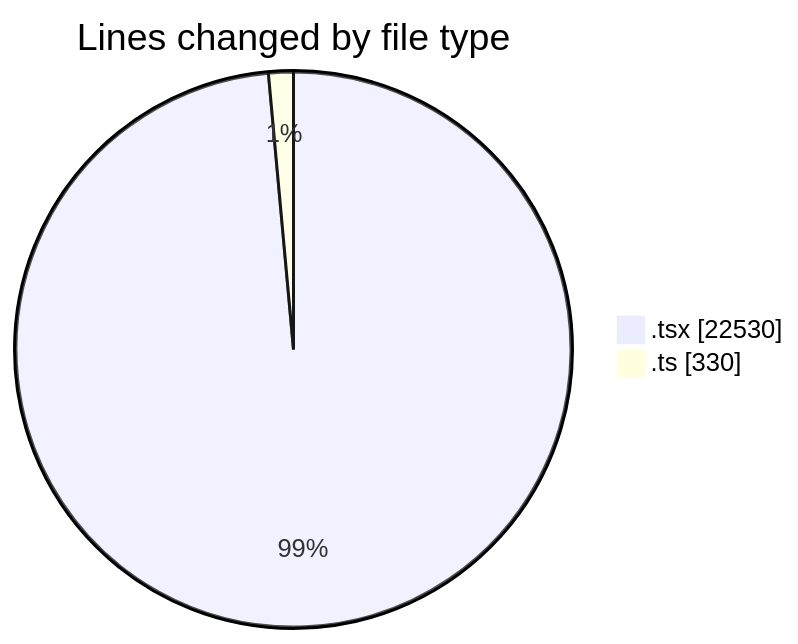
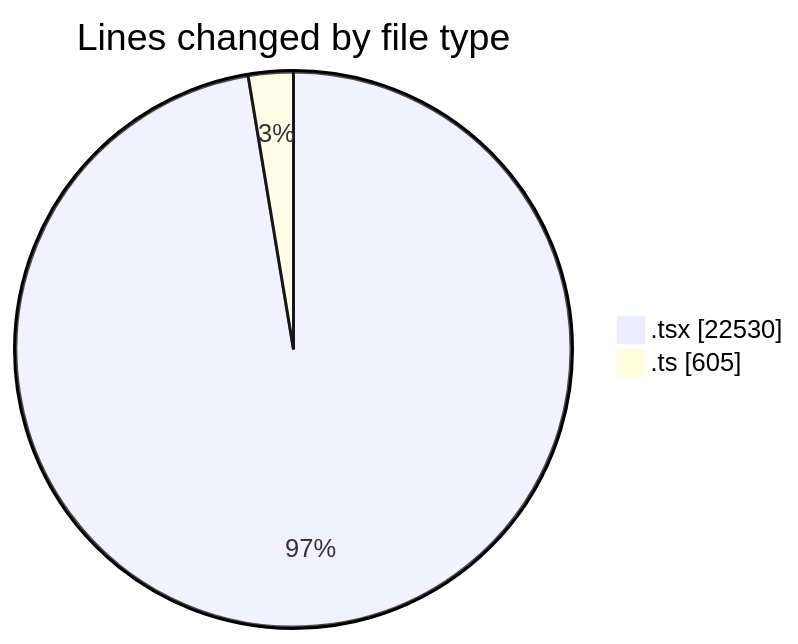
One commit to nxtqubesakshisongat/code-tracking changed the first of 2 diagrams in 2026-08-23/nxtqube_webapp/README.md. Above: the diagram before and after it, drawn with Mermaid. The commit also changed other lines of this file and 1 other file, not shown here.

````diff
--- a/2026-08-23/nxtqube_webapp/README.md
+++ b/2026-08-23/nxtqube_webapp/README.md
@@ -61,6 +62,6 @@
 ```mermaid
 pie showData
 title Lines changed by file type
 ".tsx" : 22530
-".ts" : 330
+".ts" : 605
 ```
````
